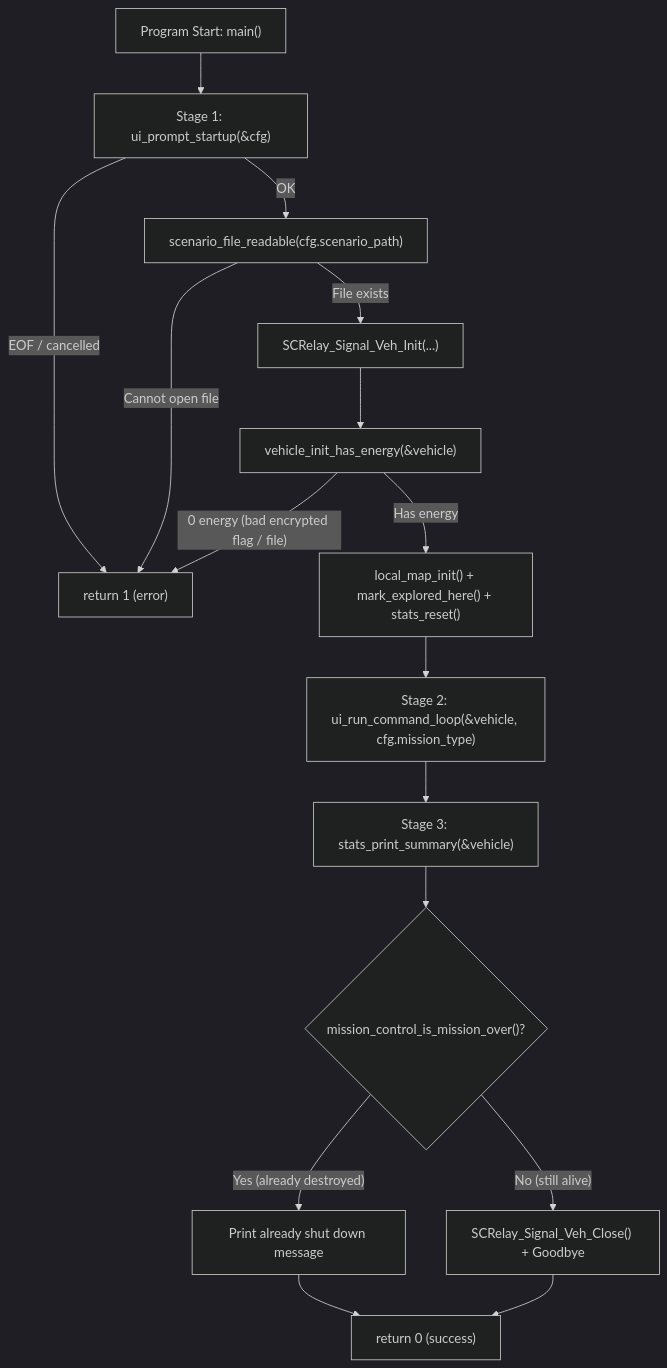
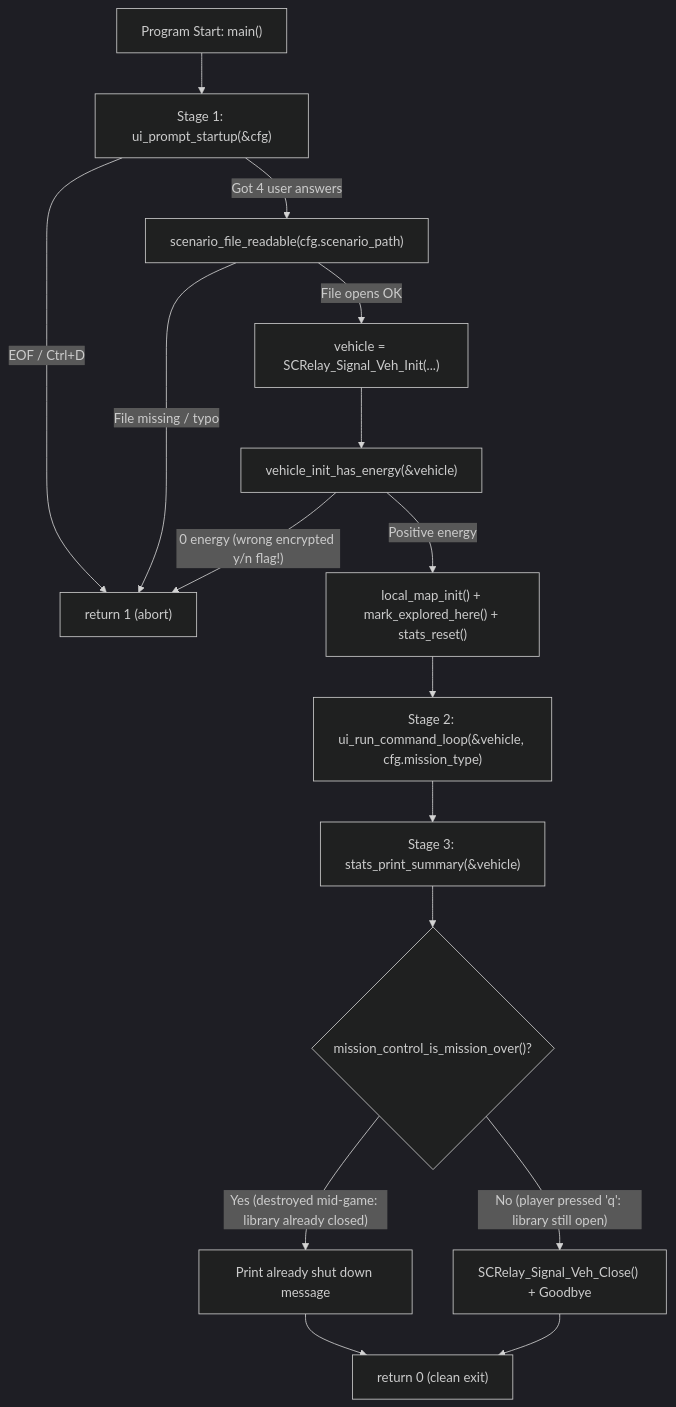
One commit to littnate/RSE1201_Group_Project changed the first of 2 diagrams in VehExplorer/docs/v2_student_1_main_guide.md. Above: the diagram before and after it, drawn with Mermaid (dark theme). The commit also changed other lines of this file and 8 other files, not shown here.

````diff
--- a/VehExplorer/docs/v2_student_1_main_guide.md
+++ b/VehExplorer/docs/v2_student_1_main_guide.md
@@ -12,18 +15,18 @@
 ```mermaid
 flowchart TD
     Start["Program Start: main()"] --> S1["Stage 1: ui_prompt_startup(&cfg)"]
-    S1 -- "EOF / cancelled" --> Exit1["return 1 (error)"]
-    S1 -- "OK" --> CheckFile["scenario_file_readable(cfg.scenario_path)"]
-    CheckFile -- "Cannot open file" --> Exit1
-    CheckFile -- "File exists" --> InitVeh["SCRelay_Signal_Veh_Init(...)"]
+    S1 -- "EOF / Ctrl+D" --> Exit1["return 1 (abort)"]
+    S1 -- "Got 4 user answers" --> CheckFile["scenario_file_readable(cfg.scenario_path)"]
+    CheckFile -- "File missing / typo" --> Exit1
+    CheckFile -- "File opens OK" --> InitVeh["vehicle = SCRelay_Signal_Veh_Init(...)"]
     InitVeh --> CheckEnergy["vehicle_init_has_energy(&vehicle)"]
-    CheckEnergy -- "0 energy (bad encrypted flag / file)" --> Exit1
-    CheckEnergy -- "Has energy" --> Setup["local_map_init() + mark_explored_here() + stats_reset()"]
+    CheckEnergy -- "0 energy (wrong encrypted y/n flag!)" --> Exit1
+    CheckEnergy -- "Positive energy" --> Setup["local_map_init() + mark_explored_here() + stats_reset()"]
     Setup --> S2["Stage 2: ui_run_command_loop(&vehicle, cfg.mission_type)"]
     S2 --> S3["Stage 3: stats_print_summary(&vehicle)"]
     S3 --> CheckOver{"mission_control_is_mission_over()?"}
-    CheckOver -- "Yes (already destroyed)" --> Bye1["Print already shut down message"]
-    CheckOver -- "No (still alive)" --> CloseVeh["SCRelay_Signal_Veh_Close() + Goodbye"]
-    Bye1 --> Exit0["return 0 (success)"]
+    CheckOver -- "Yes (destroyed mid-game: library already closed)" --> Bye1["Print already shut down message"]
+    CheckOver -- "No (player pressed 'q': library still open)" --> CloseVeh["SCRelay_Signal_Veh_Close() + Goodbye"]
+    Bye1 --> Exit0["return 0 (clean exit)"]
     CloseVeh --> Exit0
 ```
````
